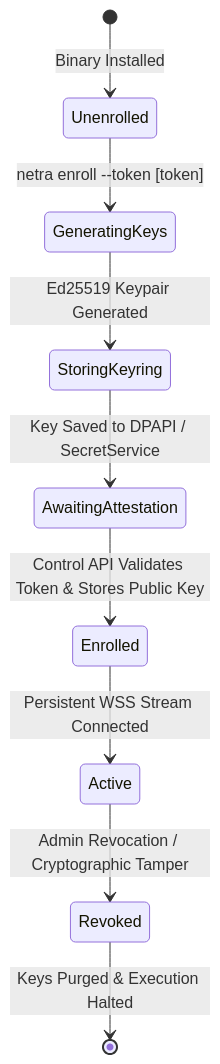
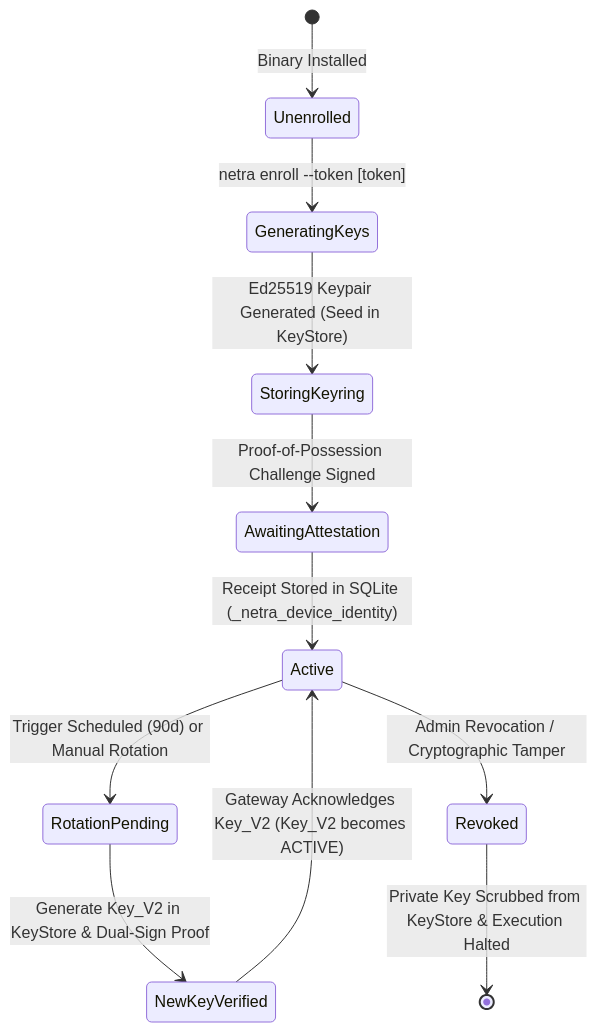
One commit to Subhadip-Paul2006/NETRA-Backend changed the fourth of 20 diagrams in docs/SYSTEM_DESIGN.md. Above: the diagram before and after it, drawn with Mermaid. The commit also changed other lines of this file and 7 other files, not shown here.

Commit message:
docs: align Phase 6 architecture with hardened KeyStore, WSS, and enrollment specifications

````diff
--- a/docs/SYSTEM_DESIGN.md
+++ b/docs/SYSTEM_DESIGN.md
@@ -179,11 +181,13 @@
 ```mermaid
 stateDiagram-v2
     [*] --> Unenrolled: Binary Installed
     Unenrolled --> GeneratingKeys: netra enroll --token [token]
-    GeneratingKeys --> StoringKeyring: Ed25519 Keypair Generated
-    StoringKeyring --> AwaitingAttestation: Key Saved to DPAPI / SecretService
-    AwaitingAttestation --> Enrolled: Control API Validates Token & Stores Public Key
-    Enrolled --> Active: Persistent WSS Stream Connected
+    GeneratingKeys --> StoringKeyring: Ed25519 Keypair Generated (Seed in KeyStore)
+    StoringKeyring --> AwaitingAttestation: Proof-of-Possession Challenge Signed
+    AwaitingAttestation --> Active: Receipt Stored in SQLite (_netra_device_identity)
+    Active --> RotationPending: Trigger Scheduled (90d) or Manual Rotation
+    RotationPending --> NewKeyVerified: Generate Key_V2 in KeyStore & Dual-Sign Proof
+    NewKeyVerified --> Active: Gateway Acknowledges Key_V2 (Key_V2 becomes ACTIVE)
     Active --> Revoked: Admin Revocation / Cryptographic Tamper
-    Revoked --> [*]: Keys Purged & Execution Halted
+    Revoked --> [*]: Private Key Scrubbed from KeyStore & Execution Halted
 ```
````
